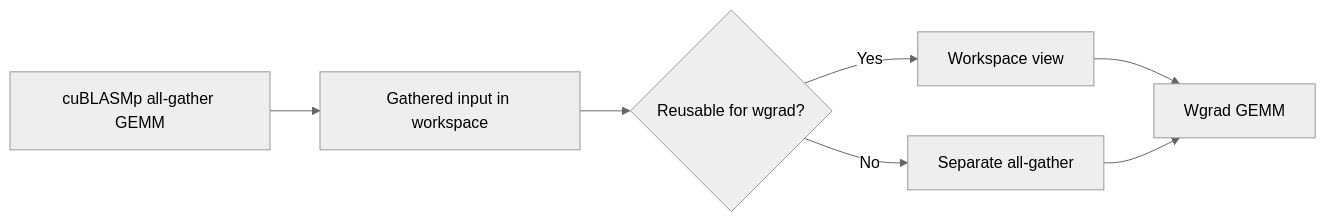
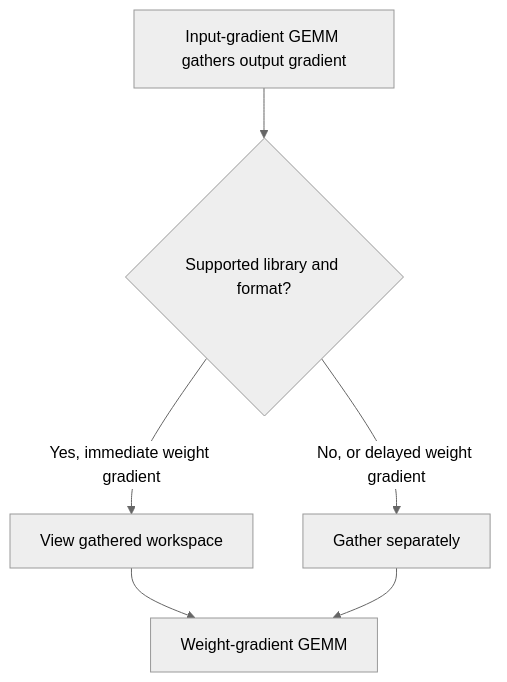
Before and after one commit to yuguo-Jack/HCU-TrainFlow: the diagram in knowledge/projects/transformer-engine/knowledgebase/upstream/prs/NVIDIA--TransformerEngine/PR-3629.md, drawn with Mermaid. The commit also changed other lines of this file and 19088 other files, not shown here.

````diff
--- a/knowledge/projects/transformer-engine/knowledgebase/upstream/prs/NVIDIA--TransformerEngine/PR-3629.md
+++ b/knowledge/projects/transformer-engine/knowledgebase/upstream/prs/NVIDIA--TransformerEngine/PR-3629.md
@@ -90,10 +113,9 @@
 ```mermaid
 %%{init: {'theme': 'neutral'}}%%
-flowchart LR
-  A[cuBLASMp all-gather GEMM] --> B[Gathered input in workspace]
-  B --> C{Reusable for wgrad?}
-  C -->|Yes| D[Workspace view]
-  C -->|No| E[Separate all-gather]
-  D --> F[Wgrad GEMM]
-  E --> F
+flowchart TD
+  A[Input-gradient GEMM gathers output gradient] --> B{Supported library and format?}
+  B -->|Yes, immediate weight gradient| C[View gathered workspace]
+  B -->|No, or delayed weight gradient| D[Gather separately]
+  C --> E[Weight-gradient GEMM]
+  D --> E
 ```
````
